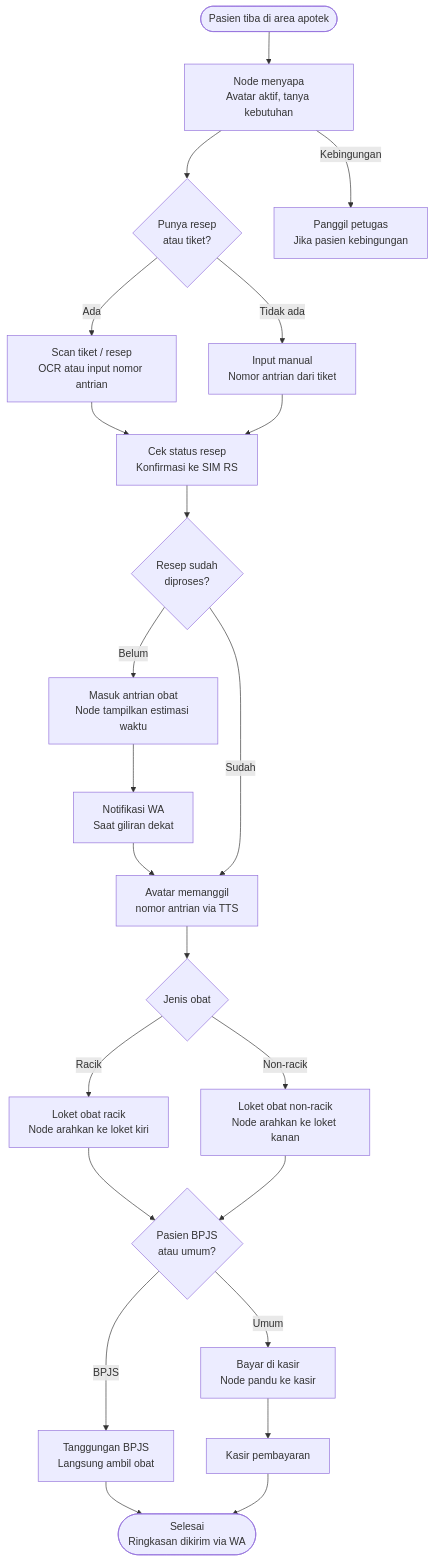
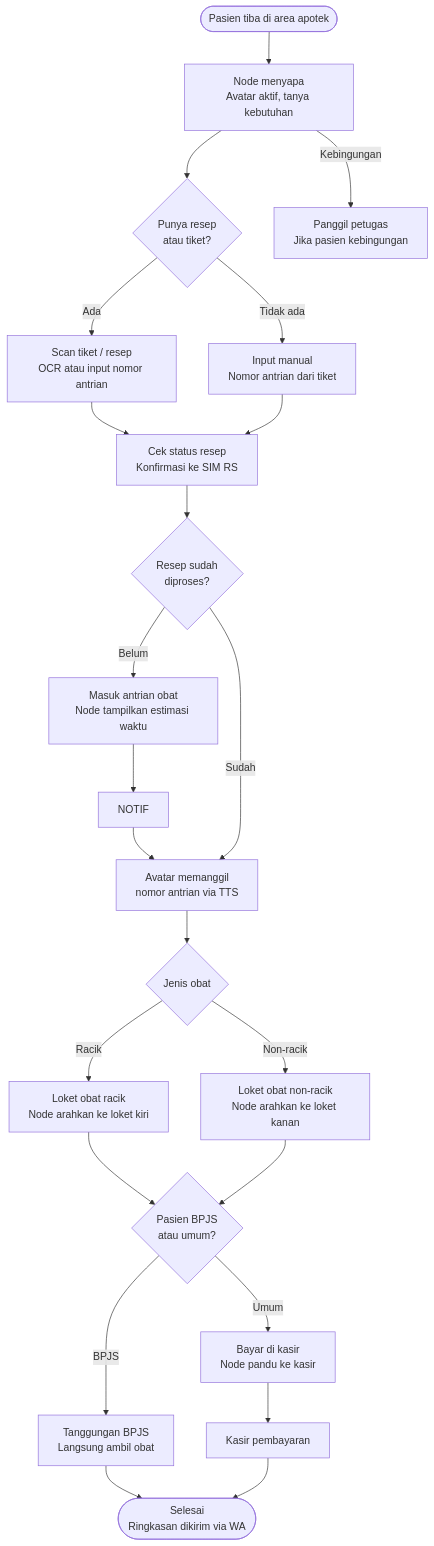
The first of 2 diagrams in Notes/PRD.md (Maaulln/RSI), drawn with Mermaid before and after one commit. The commit also changed other lines of this file and 1 other file, not shown here.

````diff
--- a/Notes/PRD.md
+++ b/Notes/PRD.md
@@ -314,38 +313,37 @@
 ```mermaid
 flowchart TD
     START(["Pasien tiba di area apotek"])
     NAV["Node menyapa\nAvatar aktif, tanya kebutuhan"]
     Q1{"Punya resep\natau tiket?"}
     SCAN["Scan tiket / resep\nOCR atau input nomor antrian"]
     MANUAL["Input manual\nNomor antrian dari tiket"]
     CHECK["Cek status resep\nKonfirmasi ke SIM RS"]
     Q2{"Resep sudah\ndiproses?"}
     WAIT["Masuk antrian obat\nNode tampilkan estimasi waktu"]
-    NOTIF["Notifikasi WA\nSaat giliran dekat"]
     CALL["Avatar memanggil\nnomor antrian via TTS"]
     Q3{"Jenis obat"}
     RACIK["Loket obat racik\nNode arahkan ke loket kiri"]
     NONRACIK["Loket obat non-racik\nNode arahkan ke loket kanan"]
     Q4{"Pasien BPJS\natau umum?"}
     BPJS["Tanggungan BPJS\nLangsung ambil obat"]
     UMUM["Bayar di kasir\nNode pandu ke kasir"]
     KASIR["Kasir pembayaran"]
     DONE(["Selesai\nRingkasan dikirim via WA"])
     HELP["Panggil petugas\nJika pasien kebingungan"]
 
     START --> NAV
     NAV --> Q1
     Q1 -- Ada --> SCAN
     Q1 -- Tidak ada --> MANUAL
     SCAN & MANUAL --> CHECK
     CHECK --> Q2
     Q2 -- Belum --> WAIT --> NOTIF --> CALL
     Q2 -- Sudah --> CALL
     CALL --> Q3
     Q3 -- Racik --> RACIK
     Q3 -- Non-racik --> NONRACIK
     RACIK & NONRACIK --> Q4
     Q4 -- BPJS --> BPJS --> DONE
     Q4 -- Umum --> UMUM --> KASIR --> DONE
     NAV -- Kebingungan --> HELP
 ```
````
